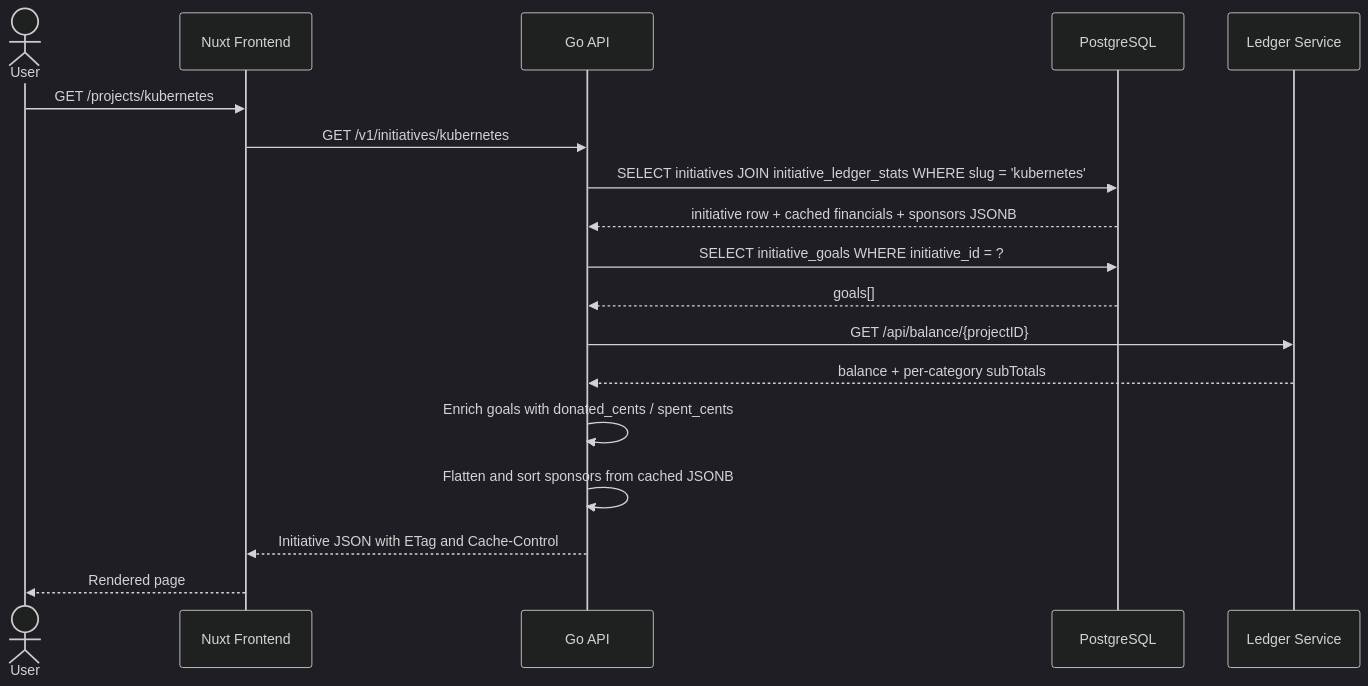
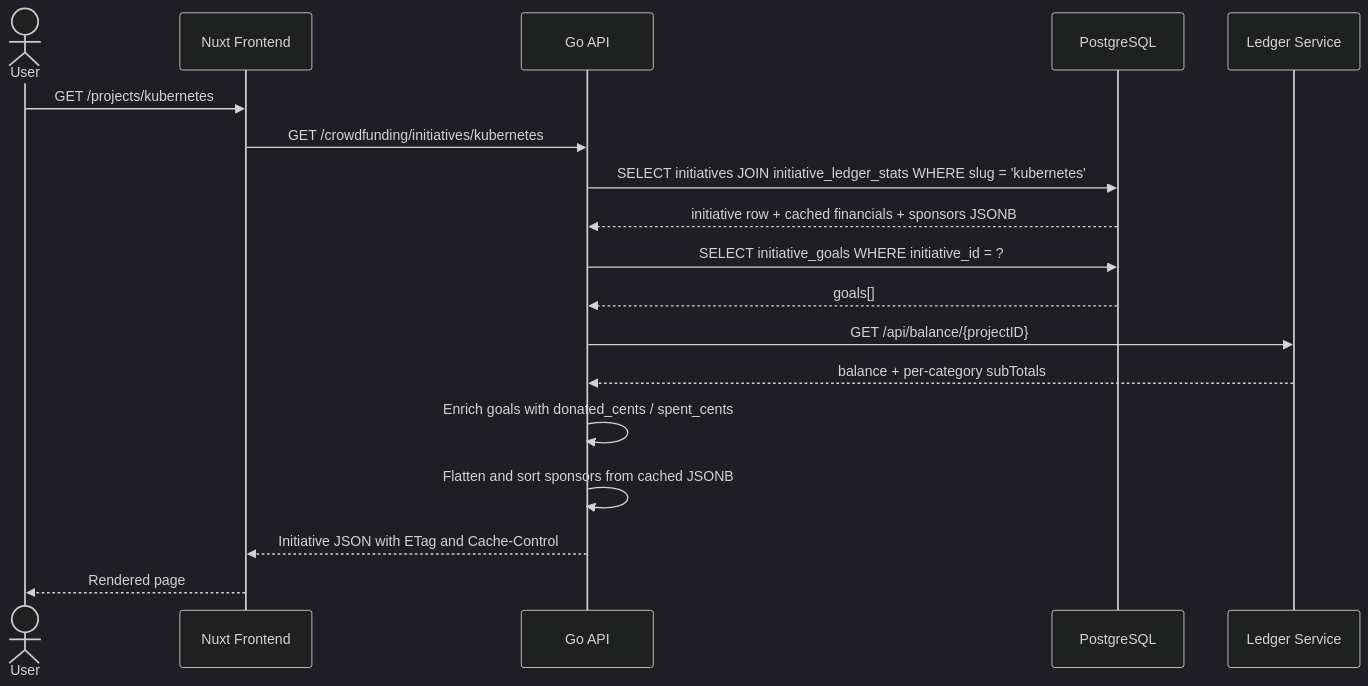
The third of 8 diagrams in docs/architecture.md (linuxfoundation/lfx-crowdfunding), drawn with Mermaid (dark theme) before and after one commit. The commit also changed other lines of this file and 92 other files, not shown here.

First line of the commit message:
feat(api): namespace all endpoints under /crowdfunding/

````diff
--- a/docs/architecture.md
+++ b/docs/architecture.md
@@ -264,21 +264,21 @@
 ```mermaid
 sequenceDiagram
     actor User
     participant FE as Nuxt Frontend
     participant API as Go API
     participant DB as PostgreSQL
     participant Ledger as Ledger Service
 
     User->>FE: GET /projects/kubernetes
-    FE->>API: GET /v1/initiatives/kubernetes
+    FE->>API: GET /crowdfunding/initiatives/kubernetes
     API->>DB: SELECT initiatives JOIN initiative_ledger_stats WHERE slug = 'kubernetes'
     DB-->>API: initiative row + cached financials + sponsors JSONB
     API->>DB: SELECT initiative_goals WHERE initiative_id = ?
     DB-->>API: goals[]
     API->>Ledger: GET /api/balance/{projectID}
     Ledger-->>API: balance + per-category subTotals
     API->>API: Enrich goals with donated_cents / spent_cents
     API->>API: Flatten and sort sponsors from cached JSONB
     API-->>FE: Initiative JSON with ETag and Cache-Control
     FE-->>User: Rendered page
 ```
````
